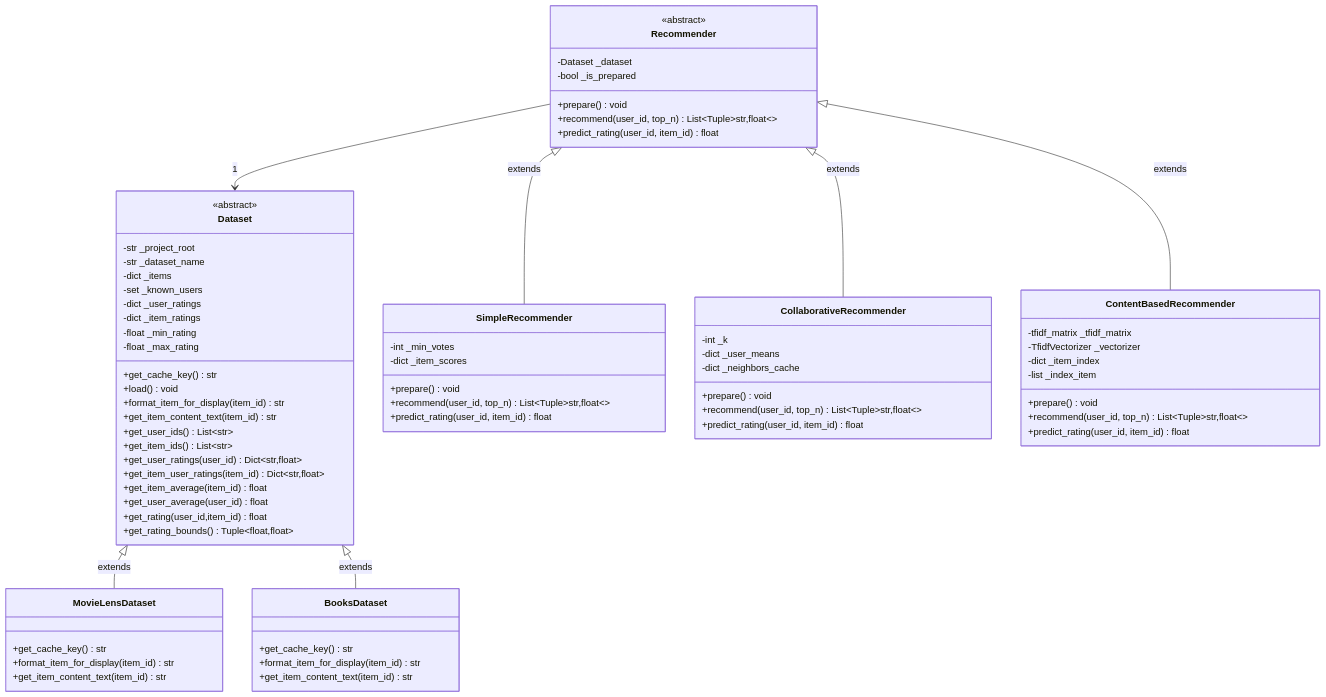
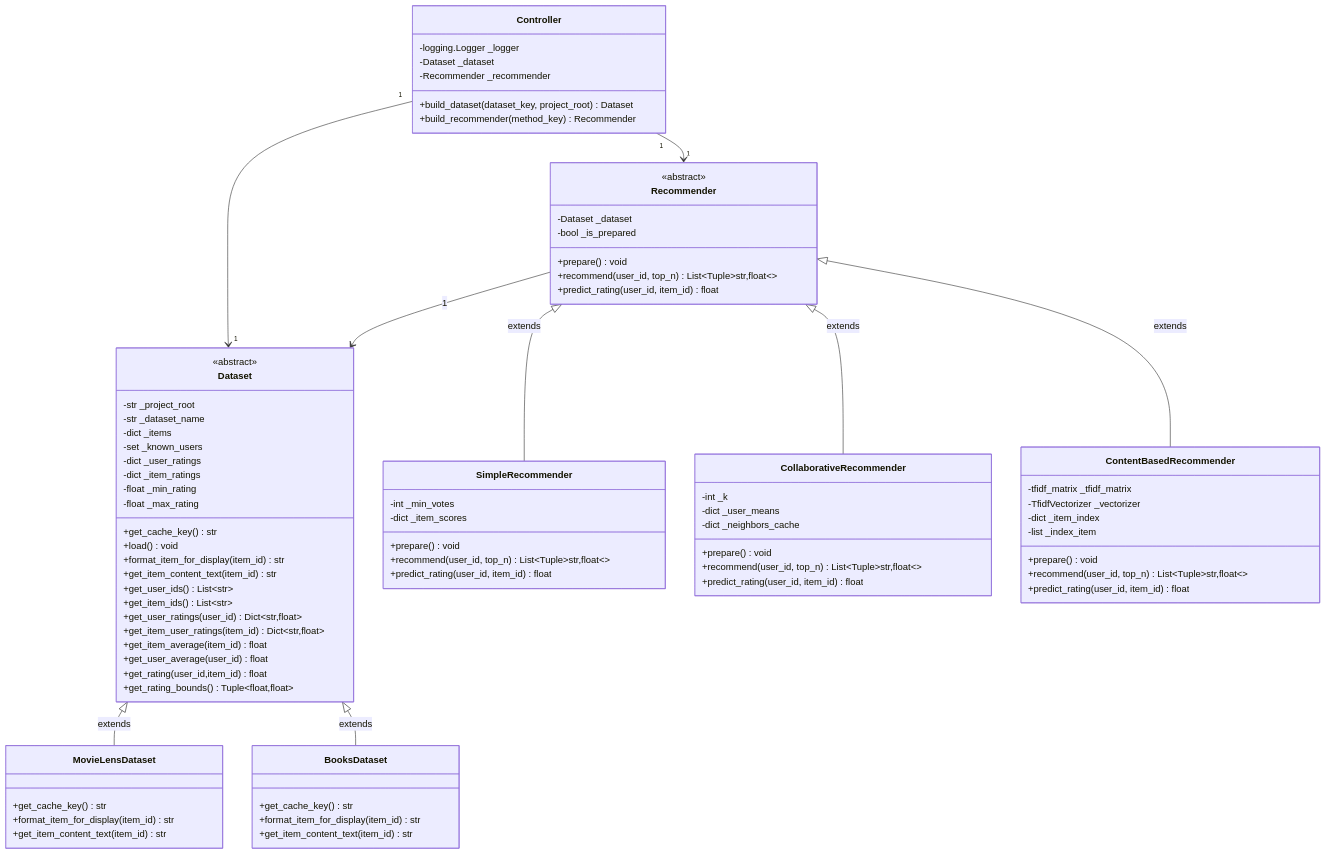
Before and after one commit to Braisfabrega/modular-recommender: the first of 7 diagrams in README.md, drawn with Mermaid. The commit also changed other lines of this file and 2 other files, not shown here.

Commit message:
fis: controller implementation

````diff
--- a/README.md
+++ b/README.md
@@ -110,6 +109,14 @@
 
   Dataset <|-- MovieLensDataset : extends
   Dataset <|-- BooksDataset : extends
+
+  class Controller {
+    -logging.Logger _logger
+    -Dataset _dataset
+    -Recommender _recommender
+    +build_dataset(dataset_key, project_root) Dataset
+    +build_recommender(method_key) Recommender
+  }
 
   class Recommender {
     <<abstract>>
@@ -152,4 +159,6 @@
   Recommender <|-- ContentBasedRecommender : extends
 
   Recommender --> Dataset : 1
+  Controller "1" --> "1" Dataset
+  Controller "1" --> "1" Recommender
 ```
````
